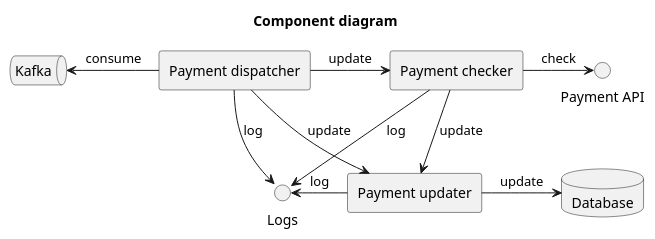
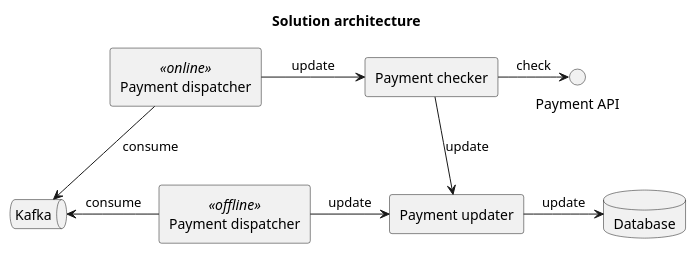
One commit to txor/acme-payment-system changed the diagram in diagrams/components.puml. Above: the diagram before and after it, drawn with PlantUML. The commit also changed 15 other files, not shown here.

Commit message:
Finished README, diagrams, added script tools, added commented debug configuration on docker-compose and added banners.

```diff
--- a/diagrams/components.puml
+++ b/diagrams/components.puml
@@ -1,23 +1,21 @@
 @startuml
 
-Title Component diagram
+Title Solution architecture
 
 queue "Kafka" as K
-interface "Logs" as L
 interface "Payment API" as PA
 database "Database" as DB
-rectangle "Payment dispatcher" as PD
-rectangle "Payment checker" as PP
+rectangle "Payment dispatcher" <<online>> as PDON
+rectangle "Payment dispatcher" <<offline>> as PDOFF
+rectangle "Payment checker" as PC
 rectangle "Payment updater" as PU
 
-K <- PD: consume
-PD -> PP: update
-PD -> PU: update
-PD --> L: log
-PP -> PA: check
-PP -> L: log
-PP --> PU: update
+K <- PDOFF: consume
+PDOFF -> PU: update
 PU -> DB: update
-L <- PU: log
+K <-u- PDON: consume
+PDON -> PC: update
+PC -> PA: check
+PC --> PU: update
 
 @enduml
```
